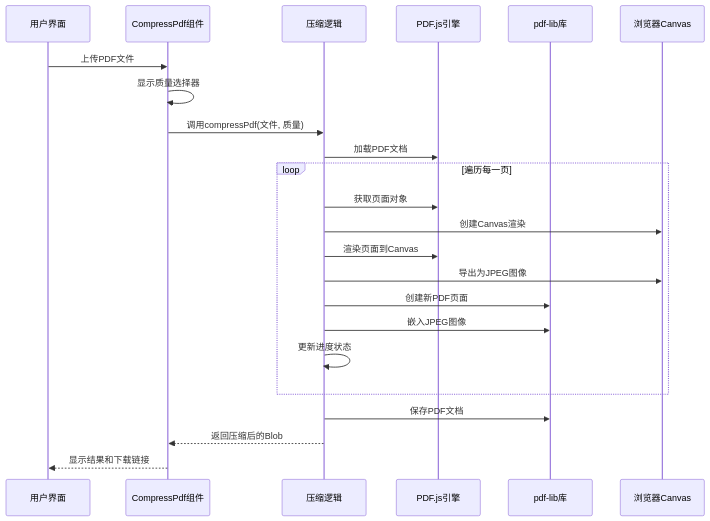
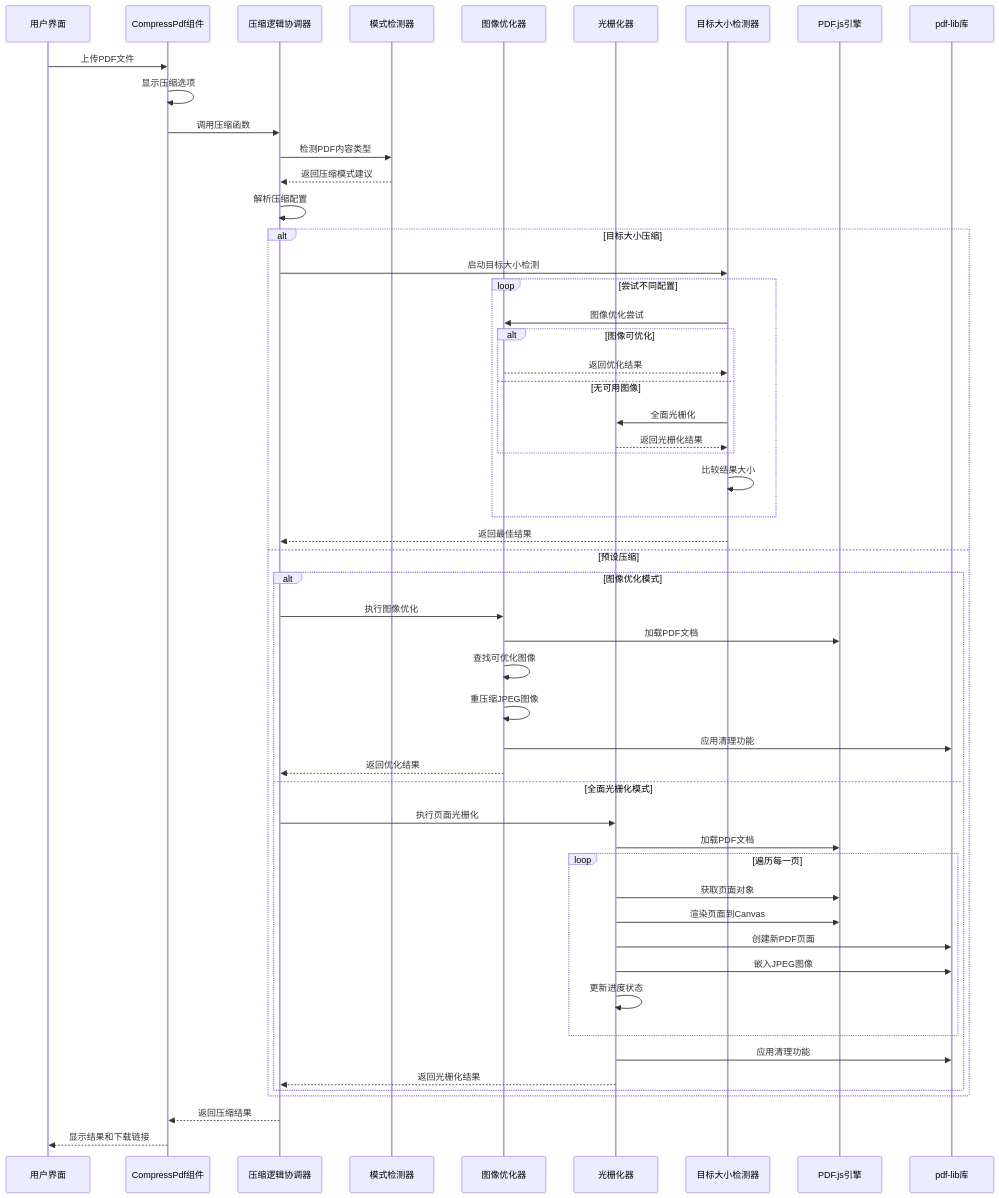
One commit to sgyy/privadeck changed the second of 9 diagrams in .qoder/repowiki/zh/content/PDF工具/PDF压缩工具.md. Above: the diagram before and after it, drawn with Mermaid. The commit also changed other lines of this file and 7 other files, not shown here.

````diff
--- a/.qoder/repowiki/zh/content/PDF工具/PDF压缩工具.md
+++ b/.qoder/repowiki/zh/content/PDF工具/PDF压缩工具.md
@@ -98,25 +149,55 @@
 ```mermaid
 sequenceDiagram
 participant U as 用户界面
 participant C as CompressPdf组件
-participant L as 压缩逻辑
+participant L as 压缩逻辑协调器
+participant D as 模式检测器
+participant IO as 图像优化器
+participant R as 光栅化器
+participant TS as 目标大小检测器
 participant P as PDF.js引擎
 participant PL as pdf-lib库
-participant B as 浏览器Canvas
 U->>C : 上传PDF文件
-C->>C : 显示质量选择器
-C->>L : 调用compressPdf(文件, 质量)
-L->>P : 加载PDF文档
+C->>C : 显示压缩选项
+C->>L : 调用压缩函数
+L->>D : 检测PDF内容类型
+D-->>L : 返回压缩模式建议
+L->>L : 解析压缩配置
+alt 目标大小压缩
+L->>TS : 启动目标大小检测
+loop 尝试不同配置
+TS->>IO : 图像优化尝试
+alt 图像可优化
+IO-->>TS : 返回优化结果
+else 无可用图像
+TS->>R : 全面光栅化
+R-->>TS : 返回光栅化结果
+end
+TS->>TS : 比较结果大小
+end
+TS-->>L : 返回最佳结果
+else 预设压缩
+alt 图像优化模式
+L->>IO : 执行图像优化
+IO->>P : 加载PDF文档
+IO->>IO : 查找可优化图像
+IO->>IO : 重压缩JPEG图像
+IO->>PL : 应用清理功能
+IO-->>L : 返回优化结果
+else 全面光栅化模式
+L->>R : 执行页面光栅化
+R->>P : 加载PDF文档
 loop 遍历每一页
-L->>P : 获取页面对象
-L->>B : 创建Canvas渲染
-L->>P : 渲染页面到Canvas
-L->>B : 导出为JPEG图像
-L->>PL : 创建新PDF页面
-L->>PL : 嵌入JPEG图像
-L->>L : 更新进度状态
+R->>P : 获取页面对象
+R->>P : 渲染页面到Canvas
+R->>PL : 创建新PDF页面
+R->>PL : 嵌入JPEG图像
+R->>R : 更新进度状态
 end
-L->>PL : 保存PDF文档
-L-->>C : 返回压缩后的Blob
+R->>PL : 应用清理功能
+R-->>L : 返回光栅化结果
+end
+end
+L-->>C : 返回压缩结果
 C-->>U : 显示结果和下载链接
 ```
````
